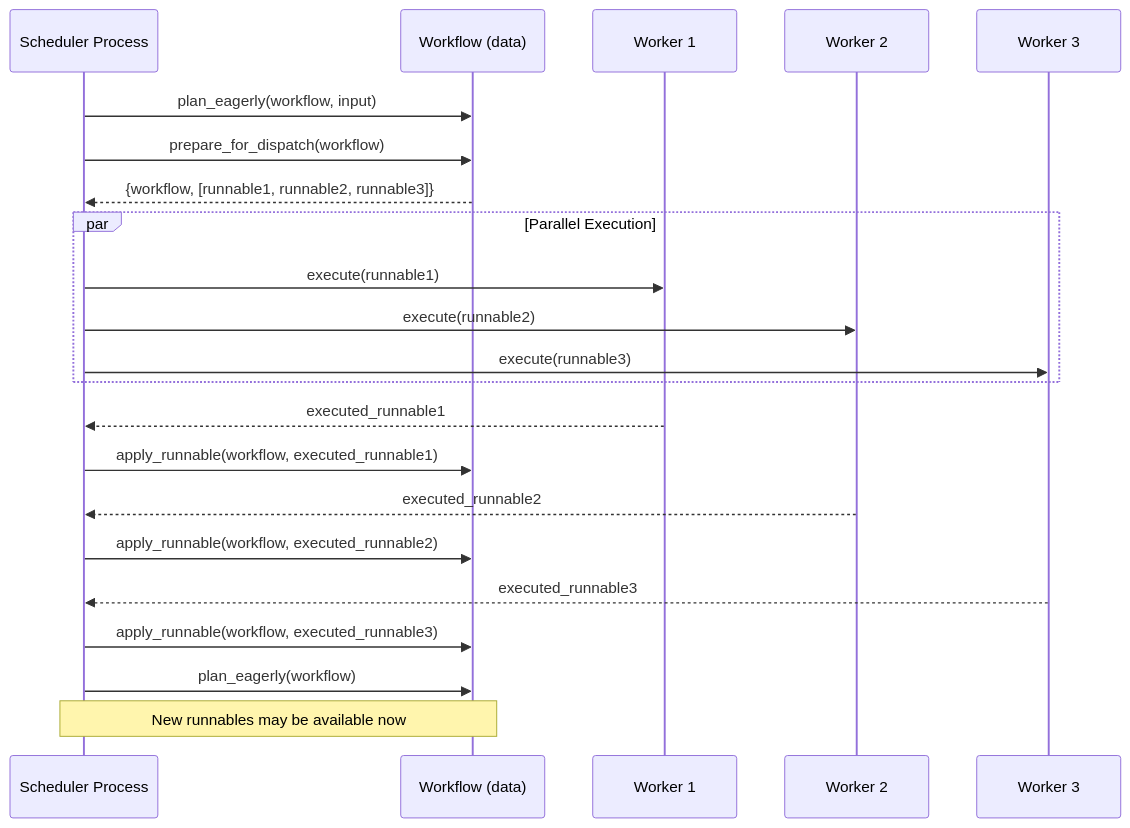
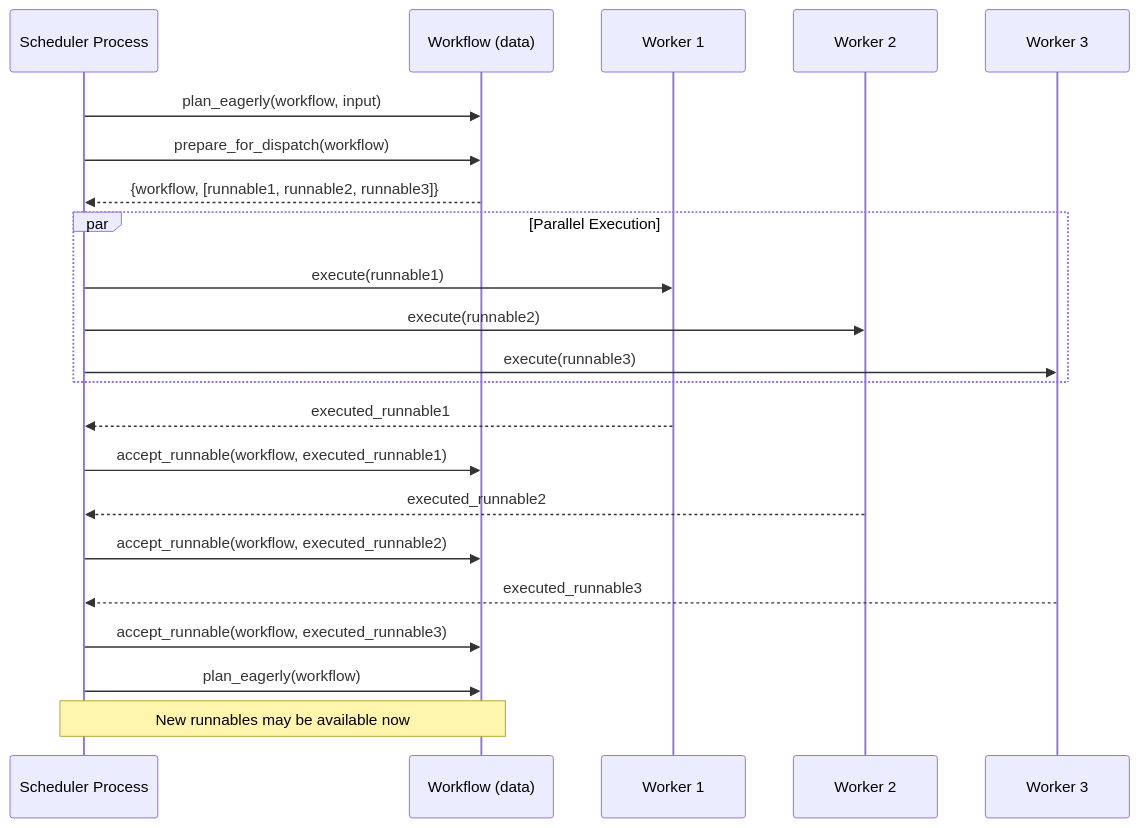
The second of 5 diagrams in guides/scheduling.md (zblanco/runic), drawn with Mermaid before and after one commit. The commit also changed other lines of this file and 21 other files, not shown here.

````diff
--- a/guides/scheduling.md
+++ b/guides/scheduling.md
@@ -93,30 +93,30 @@
 ```mermaid
 sequenceDiagram
     participant S as Scheduler Process
     participant W as Workflow (data)
     participant T1 as Worker 1
     participant T2 as Worker 2
     participant T3 as Worker 3
 
     S->>W: plan_eagerly(workflow, input)
     S->>W: prepare_for_dispatch(workflow)
     W-->>S: {workflow, [runnable1, runnable2, runnable3]}
 
     par Parallel Execution
         S->>T1: execute(runnable1)
         S->>T2: execute(runnable2)
         S->>T3: execute(runnable3)
     end
 
     T1-->>S: executed_runnable1
-    S->>W: apply_runnable(workflow, executed_runnable1)
+    S->>W: accept_runnable(workflow, executed_runnable1)
 
     T2-->>S: executed_runnable2
-    S->>W: apply_runnable(workflow, executed_runnable2)
+    S->>W: accept_runnable(workflow, executed_runnable2)
 
     T3-->>S: executed_runnable3
-    S->>W: apply_runnable(workflow, executed_runnable3)
+    S->>W: accept_runnable(workflow, executed_runnable3)
 
     S->>W: plan_eagerly(workflow)
     Note over S,W: New runnables may be available now
 ```
````
